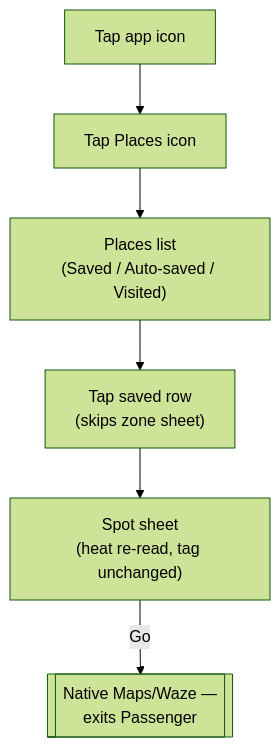
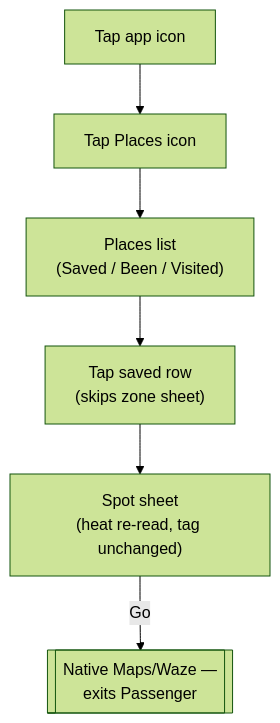
The third of 9 diagrams in design/ux-flows.md (AviranGrisaro/passenger-brain), drawn with Mermaid (forest theme) before and after one commit. The commit also changed other lines of this file and 2 other files, not shown here.

First line of the commit message:
Reconcile ux-flows.md/map-rendering-spec.md against 2026-07-30 founders-meeting V1 scope lock (PAS-8)

````diff
--- a/design/ux-flows.md
+++ b/design/ux-flows.md
@@ -165,8 +184,8 @@
 ```mermaid
 flowchart TD
     A[Tap app icon] --> B[Tap Places icon]
-    B --> C["Places list<br/>(Saved / Auto-saved / Visited)"]
+    B --> C["Places list<br/>(Saved / Been / Visited)"]
     C --> D["Tap saved row<br/>(skips zone sheet)"]
     D --> E["Spot sheet<br/>(heat re-read, tag unchanged)"]
     E -->|Go| F[["Native Maps/Waze —<br/>exits Passenger"]]
 ```
````
